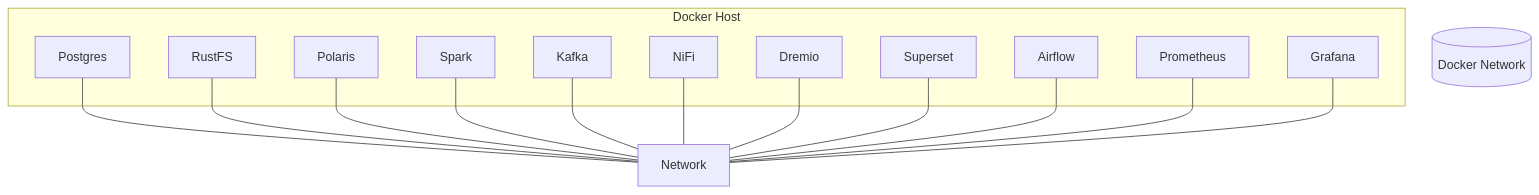
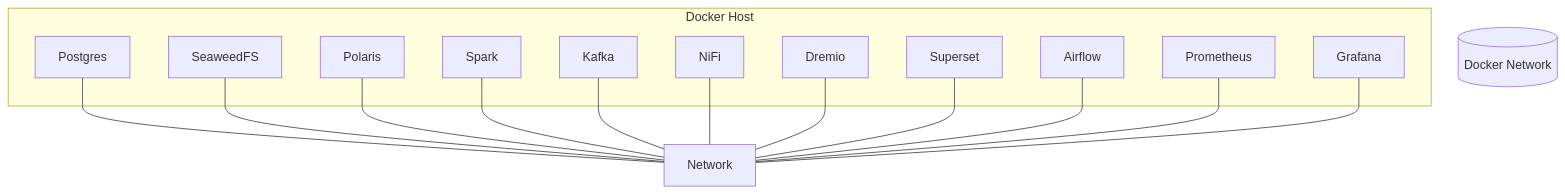
Before and after one commit to jayasriakula4-afk/Banking-Lakehouse: the diagram in docs/architecture/Deployment-Architecture.md, drawn with Mermaid. The commit also changed other lines of this file and 12 other files, not shown here.

````diff
--- a/docs/architecture/Deployment-Architecture.md
+++ b/docs/architecture/Deployment-Architecture.md
@@ -49,65 +49,65 @@
 ```mermaid
 
 flowchart TB
 
 
 
 subgraph Docker Host
 
 
 
 Postgres
 
-RustFS
+SeaweedFS
 
 Polaris
 
 Spark
 
 Kafka
 
 NiFi
 
 Dremio
 
 Superset
 
 Airflow
 
 Prometheus
 
 Grafana
 
 
 
 end
 
 
 
 Network\[(Docker Network)]
 
 
 
 Postgres --- Network
 
-RustFS --- Network
+SeaweedFS --- Network
 
 Polaris --- Network
 
 Spark --- Network
 
 Kafka --- Network
 
 NiFi --- Network
 
 Dremio --- Network
 
 Superset --- Network
 
 Airflow --- Network
 
 Prometheus --- Network
 
 Grafana --- Network
 
 ```
````
